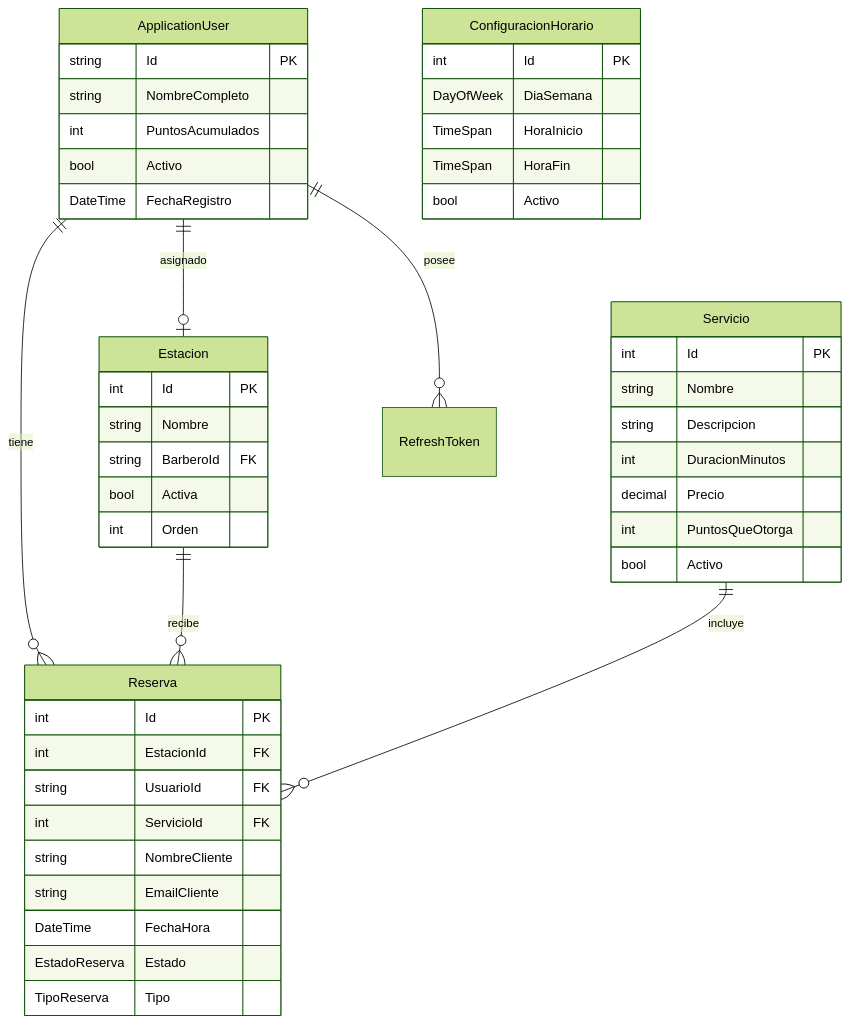
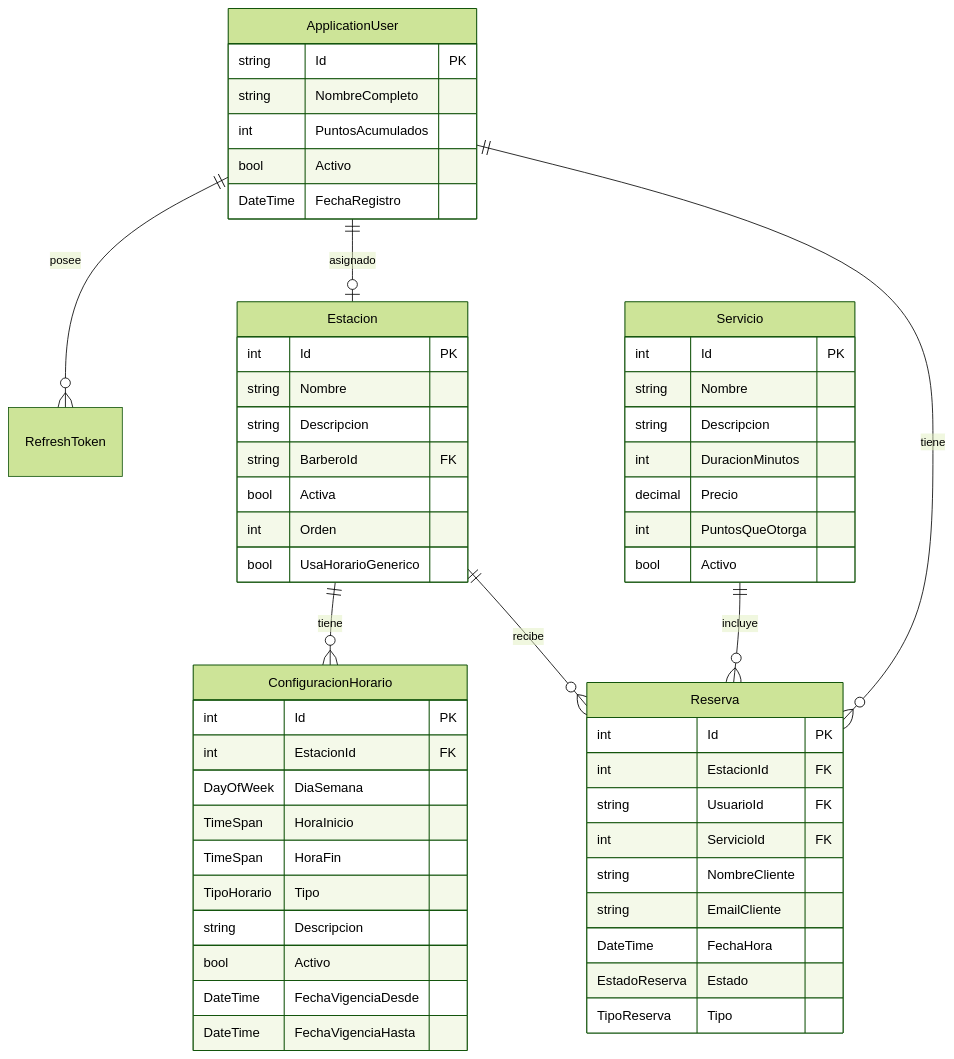
The diagram in README.md (JohanCalaT/salon-appointment-system), drawn with Mermaid (forest theme) before and after one commit. The commit also changed other lines of this file and 36 other files, not shown here.

````diff
--- a/README.md
+++ b/README.md
@@ -145,54 +145,62 @@
 ```mermaid
 erDiagram
     ApplicationUser ||--o{ Reserva : tiene
     ApplicationUser ||--o| Estacion : asignado
+    ApplicationUser ||--o{ RefreshToken : posee
     Estacion ||--o{ Reserva : recibe
+    Estacion ||--o{ ConfiguracionHorario : tiene
     Servicio ||--o{ Reserva : incluye
-    ApplicationUser ||--o{ RefreshToken : posee
 
     ApplicationUser {
         string Id PK
         string NombreCompleto
         int PuntosAcumulados
         bool Activo
         DateTime FechaRegistro
     }
 
     Estacion {
         int Id PK
         string Nombre
+        string Descripcion
         string BarberoId FK
         bool Activa
         int Orden
+        bool UsaHorarioGenerico
     }
 
     Servicio {
         int Id PK
         string Nombre
         string Descripcion
         int DuracionMinutos
         decimal Precio
         int PuntosQueOtorga
         bool Activo
     }
 
     Reserva {
         int Id PK
         int EstacionId FK
         string UsuarioId FK
         int ServicioId FK
         string NombreCliente
         string EmailCliente
         DateTime FechaHora
         EstadoReserva Estado
         TipoReserva Tipo
     }
 
     ConfiguracionHorario {
         int Id PK
+        int EstacionId FK
         DayOfWeek DiaSemana
         TimeSpan HoraInicio
         TimeSpan HoraFin
+        TipoHorario Tipo
+        string Descripcion
         bool Activo
+        DateTime FechaVigenciaDesde
+        DateTime FechaVigenciaHasta
     }
 ```
````
